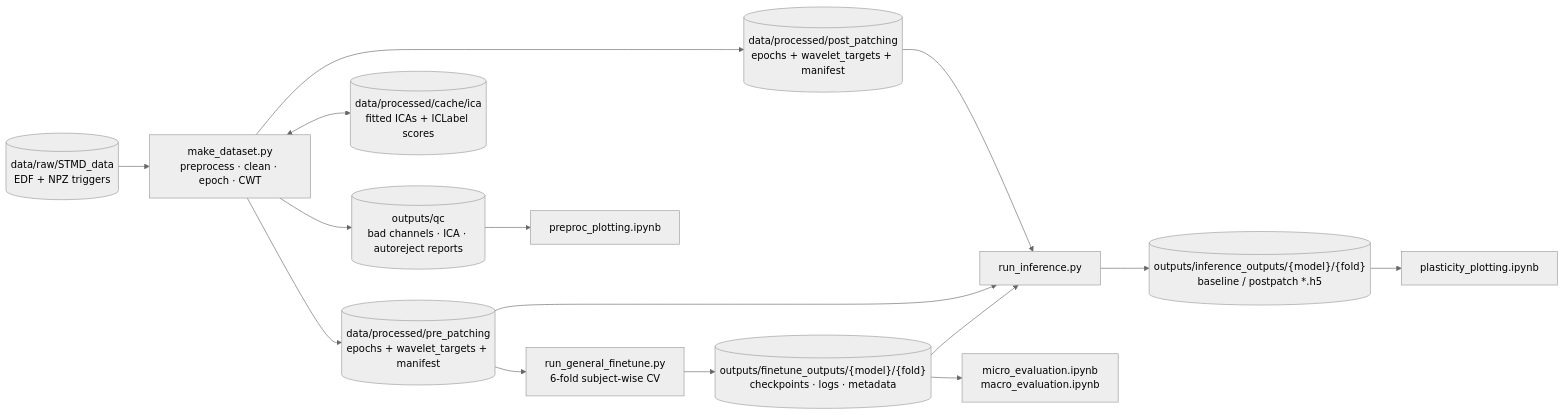
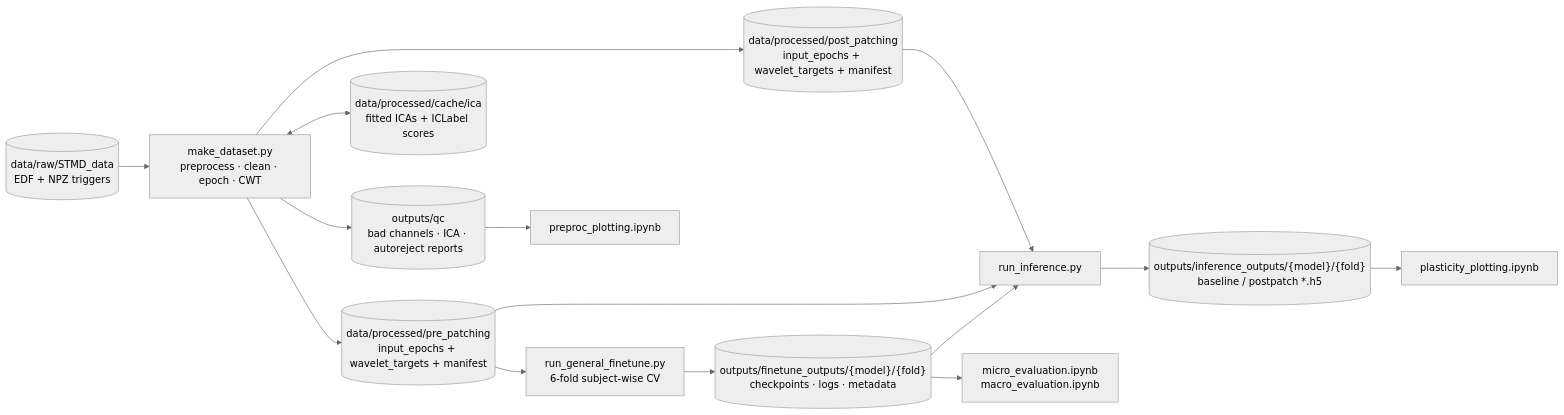
One commit to gaborab/plasticity_foundation changed the diagram in README.md. Above: the diagram before and after it, drawn with Mermaid (neutral theme). The commit also changed other lines of this file and 6 other files, not shown here.

````diff
--- a/README.md
+++ b/README.md
@@ -20,17 +32,17 @@
 ```mermaid
 flowchart LR
     RAW[("data/raw/STMD_data<br/>EDF + NPZ triggers")] --> MD["make_dataset.py<br/>preprocess · clean · epoch · CWT"]
     MD --> QC[("outputs/qc<br/>bad channels · ICA · autoreject reports")]
     MD <--> CACHE[("data/processed/cache/ica<br/>fitted ICAs + ICLabel scores")]
-    MD --> PRE[("data/processed/pre_patching<br/>epochs + wavelet_targets + manifest")]
-    MD --> POST[("data/processed/post_patching<br/>epochs + wavelet_targets + manifest")]
+    MD --> PRE[("data/processed/pre_patching<br/>input_epochs + wavelet_targets + manifest")]
+    MD --> POST[("data/processed/post_patching<br/>input_epochs + wavelet_targets + manifest")]
     PRE --> FT["run_general_finetune.py<br/>6-fold subject-wise CV"]
     FT --> CKPT[("outputs/finetune_outputs/{model}/{fold}<br/>checkpoints · logs · metadata")]
     CKPT --> INF["run_inference.py"]
     PRE --> INF
     POST --> INF
     INF --> H5[("outputs/inference_outputs/{model}/{fold}<br/>baseline / postpatch *.h5")]
     CKPT --> NB1["micro_evaluation.ipynb<br/>macro_evaluation.ipynb"]
     H5 --> NB2["plasticity_plotting.ipynb"]
     QC --> NB3["preproc_plotting.ipynb"]
 ```
````
